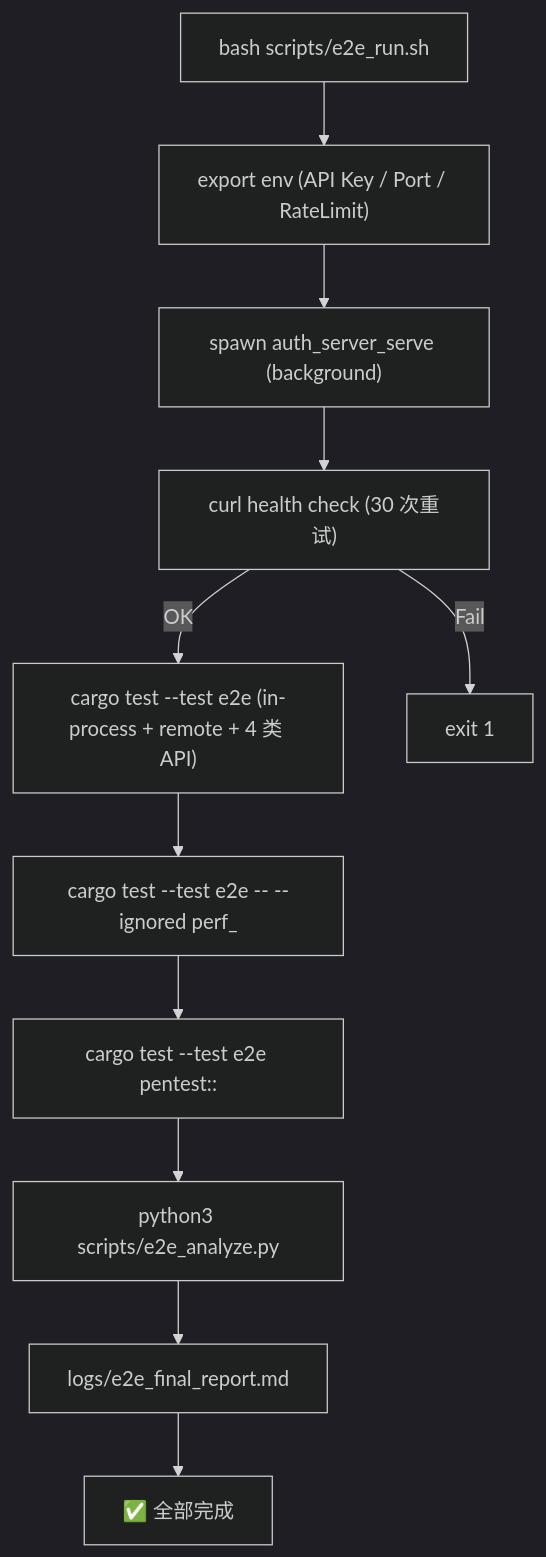
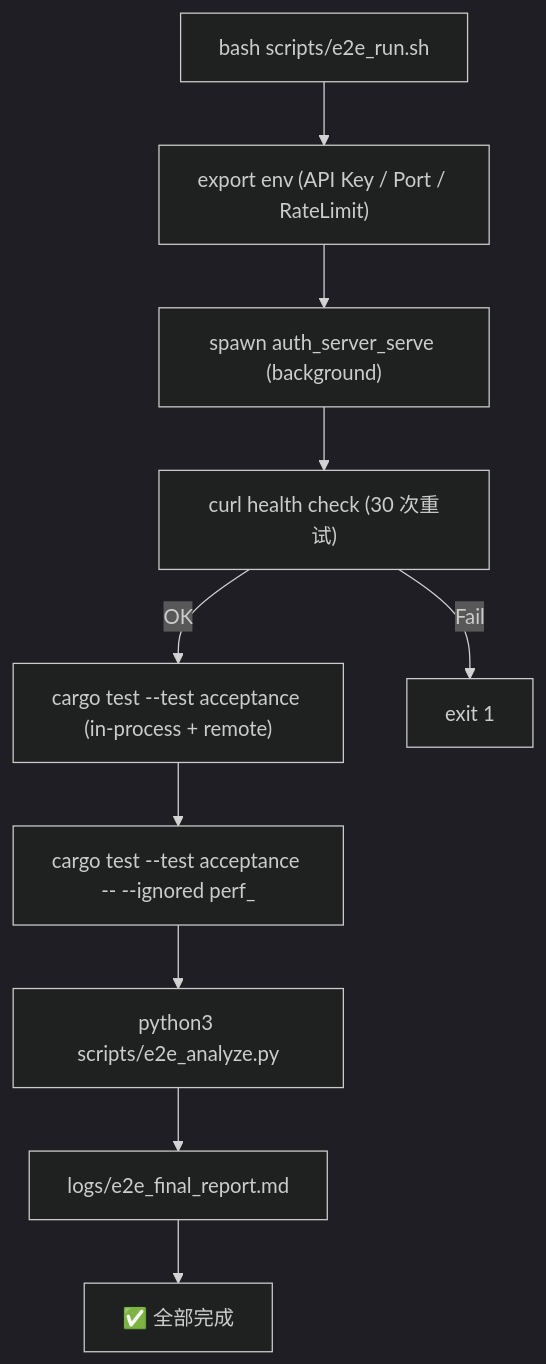
Before and after one commit to Kirky-X/garrison: the diagram in docs/DEVELOPMENT.md, drawn with Mermaid (dark theme). The commit also changed other lines of this file and 229 other files, not shown here.

````diff
--- a/docs/DEVELOPMENT.md
+++ b/docs/DEVELOPMENT.md
@@ -591,13 +591,12 @@
 ```mermaid
 flowchart TD
     Start["bash scripts/e2e_run.sh"] --> Env["export env (API Key / Port / RateLimit)"]
     Env --> Spawn["spawn auth_server_serve (background)"]
     Spawn --> Health["curl health check (30 次重试)"]
-    Health -->|OK| E2E["cargo test --test e2e (in-process + remote + 4 类 API)"]
+    Health -->|OK| E2E["cargo test --test acceptance (in-process + remote)"]
     Health -->|Fail| Exit["exit 1"]
-    E2E --> Perf["cargo test --test e2e -- --ignored perf_"]
-    Perf --> Pentest["cargo test --test e2e pentest::"]
-    Pentest --> Analyze["python3 scripts/e2e_analyze.py"]
+    E2E --> Perf["cargo test --test acceptance -- --ignored perf_"]
+    Perf --> Analyze["python3 scripts/e2e_analyze.py"]
     Analyze --> Report["logs/e2e_final_report.md"]
     Report --> Done["✅ 全部完成"]
 ```
````
